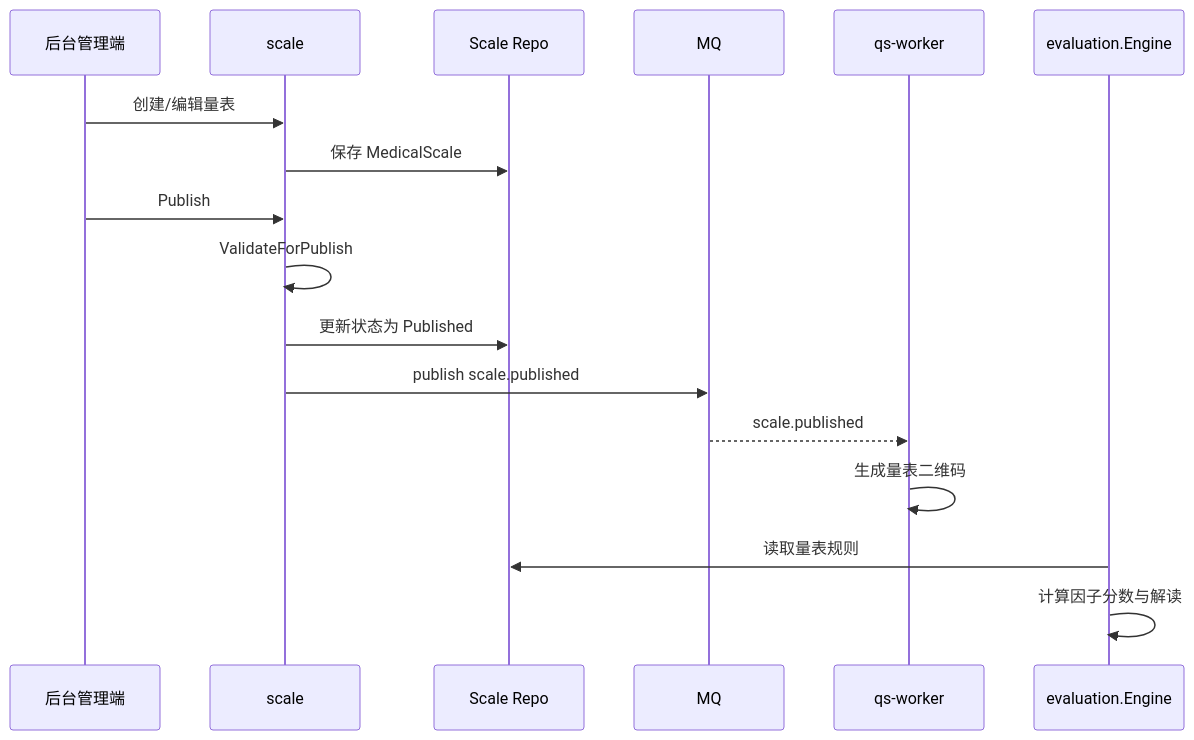
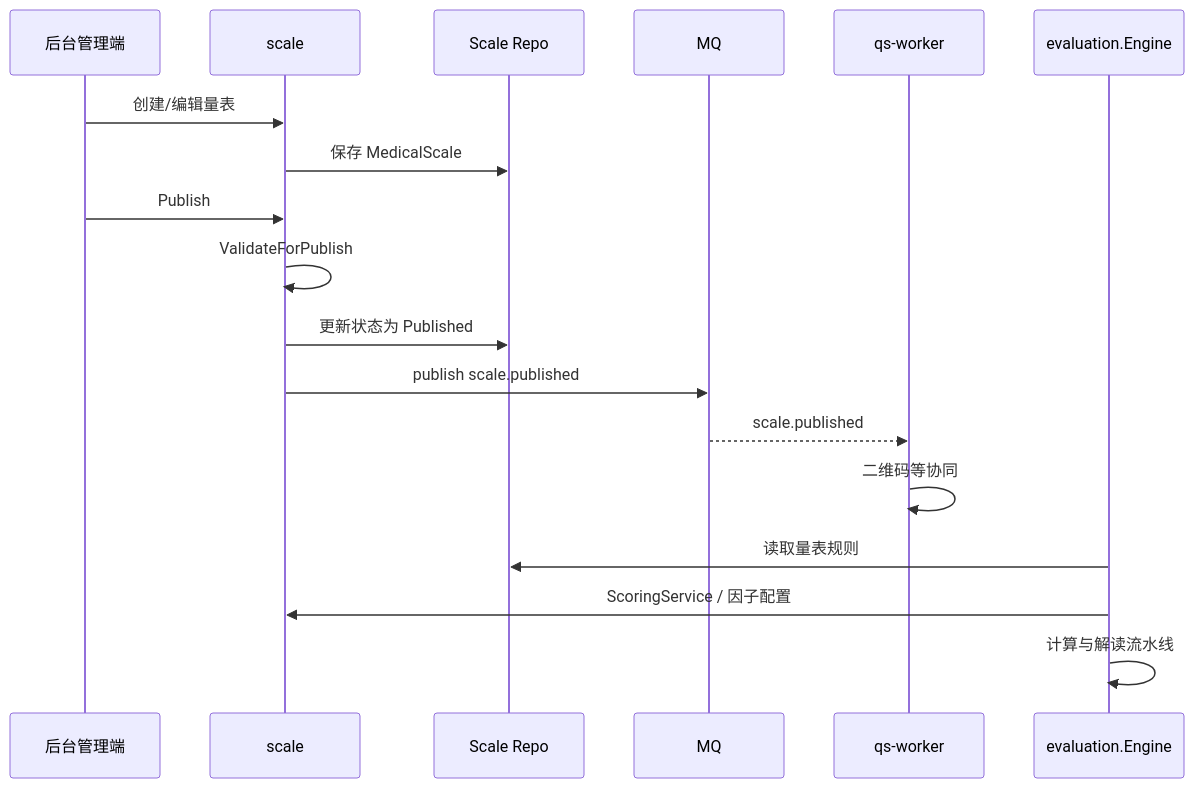
The fourth of 4 diagrams in docs/02-业务模块/02-scale.md (FangcunMount/qs-server), drawn with Mermaid before and after one commit. The commit also changed other lines of this file and 34 other files, not shown here.

````diff
--- a/docs/02-业务模块/02-scale.md
+++ b/docs/02-业务模块/02-scale.md
@@ -181,20 +276,21 @@
 ```mermaid
 sequenceDiagram
     participant Admin as 后台管理端
     participant Scale as scale
     participant Repo as Scale Repo
     participant MQ as MQ
     participant Worker as qs-worker
     participant Eval as evaluation.Engine
 
     Admin->>Scale: 创建/编辑量表
     Scale->>Repo: 保存 MedicalScale
     Admin->>Scale: Publish
     Scale->>Scale: ValidateForPublish
     Scale->>Repo: 更新状态为 Published
     Scale->>MQ: publish scale.published
     MQ-->>Worker: scale.published
-    Worker->>Worker: 生成量表二维码
+    Worker->>Worker: 二维码等协同
     Eval->>Repo: 读取量表规则
-    Eval->>Eval: 计算因子分数与解读
+    Eval->>Scale: ScoringService / 因子配置
+    Eval->>Eval: 计算与解读流水线
 ```
````
